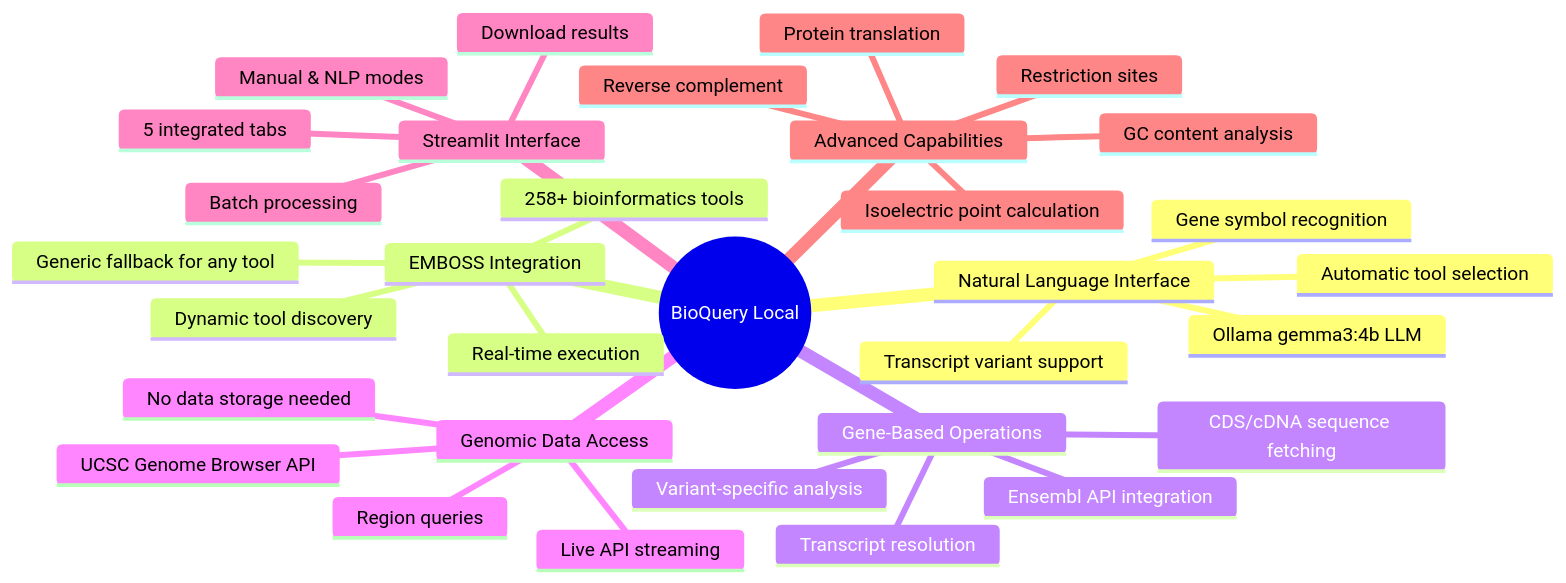
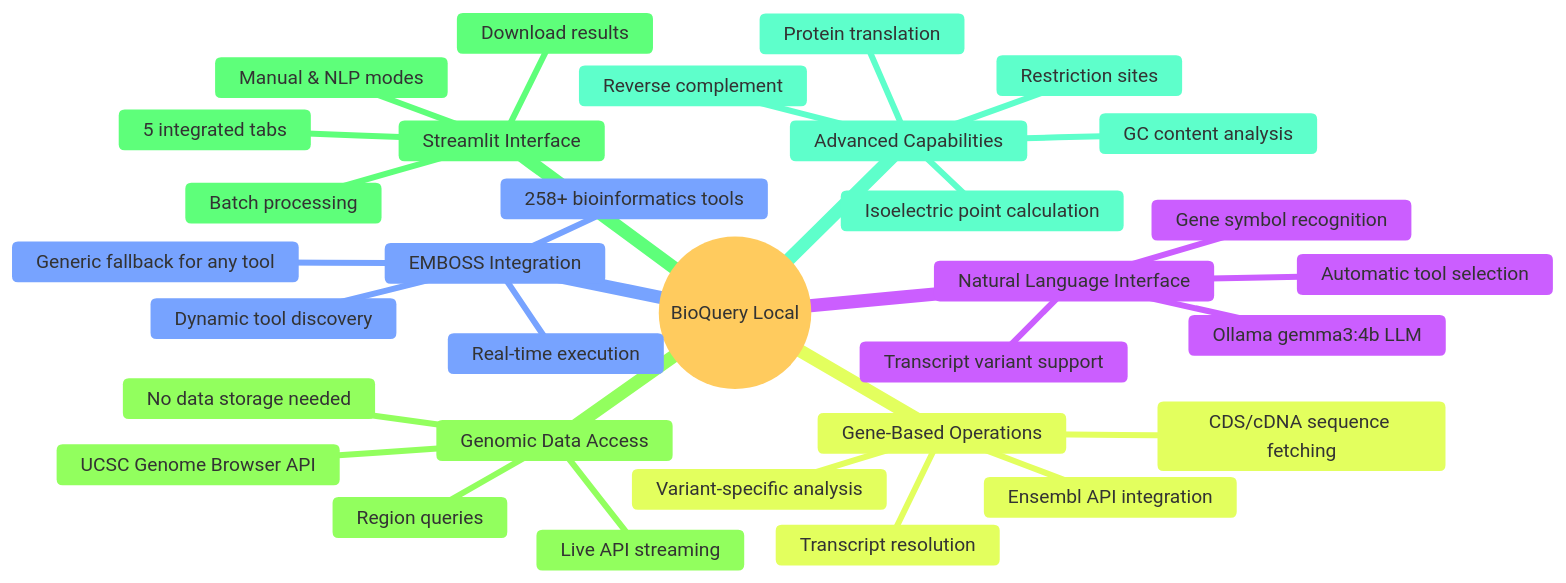
The seventh of 9 diagrams in ARCHITECTURE.md (caagendaz/BME110-final), drawn with Mermaid before and after one commit. The commit also changed other lines of this file, not shown here.

First line of the commit message:
Improve diagram readability - brighten colors, fix contrast issues

````diff
--- a/ARCHITECTURE.md
+++ b/ARCHITECTURE.md
@@ -223,35 +223,37 @@
 ```mermaid
 mindmap
   root((BioQuery Local))
     Natural Language Interface
       Ollama gemma3:4b LLM
       Automatic tool selection
       Gene symbol recognition
       Transcript variant support
     EMBOSS Integration
       258+ bioinformatics tools
       Dynamic tool discovery
       Generic fallback for any tool
       Real-time execution
     Gene-Based Operations
       Ensembl API integration
       Transcript resolution
       CDS/cDNA sequence fetching
       Variant-specific analysis
     Genomic Data Access
       UCSC Genome Browser API
       Region queries
       No data storage needed
       Live API streaming
     Streamlit Interface
       5 integrated tabs
       Manual & NLP modes
       Batch processing
       Download results
     Advanced Capabilities
       Protein translation
       Reverse complement
       Restriction sites
       GC content analysis
       Isoelectric point calculation
+  
+  %%{init: { 'theme': 'base', 'primaryColor':'#42a5f5', 'primaryTextColor':'#fff', 'primaryBorderColor':'#1e88e5', 'secondBkgColor':'#66bb6a', 'tertiaryColor':'#ef5350'} }%%
 ```
````
